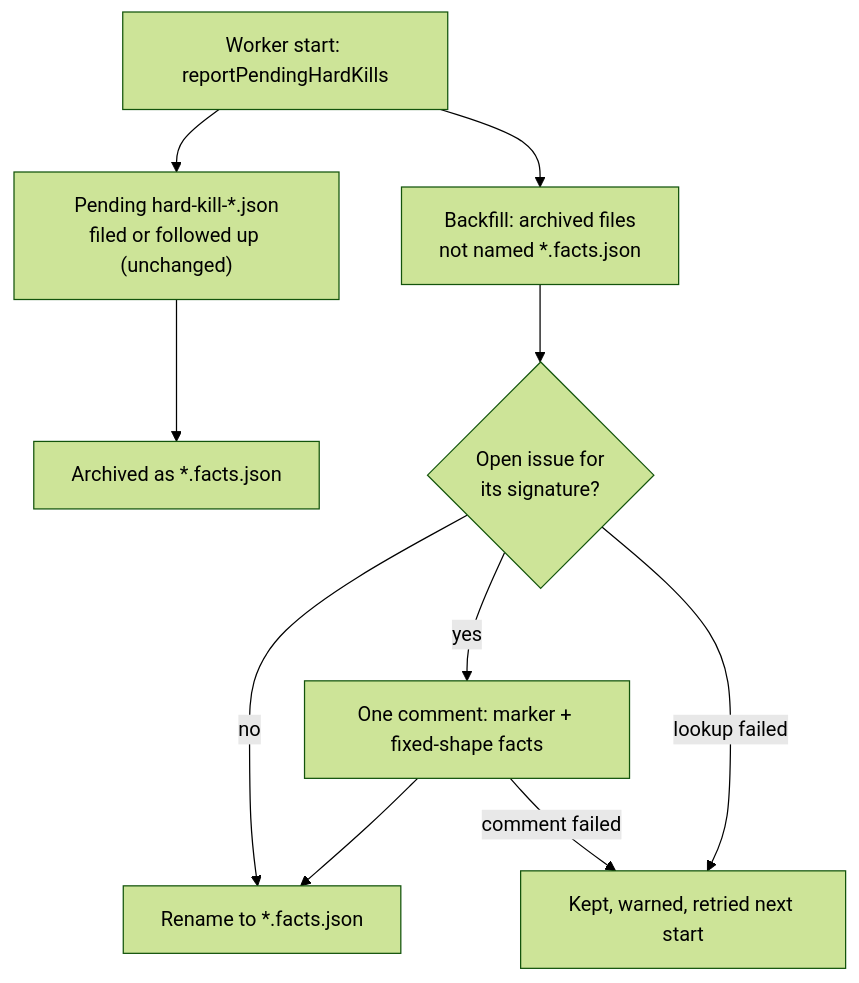
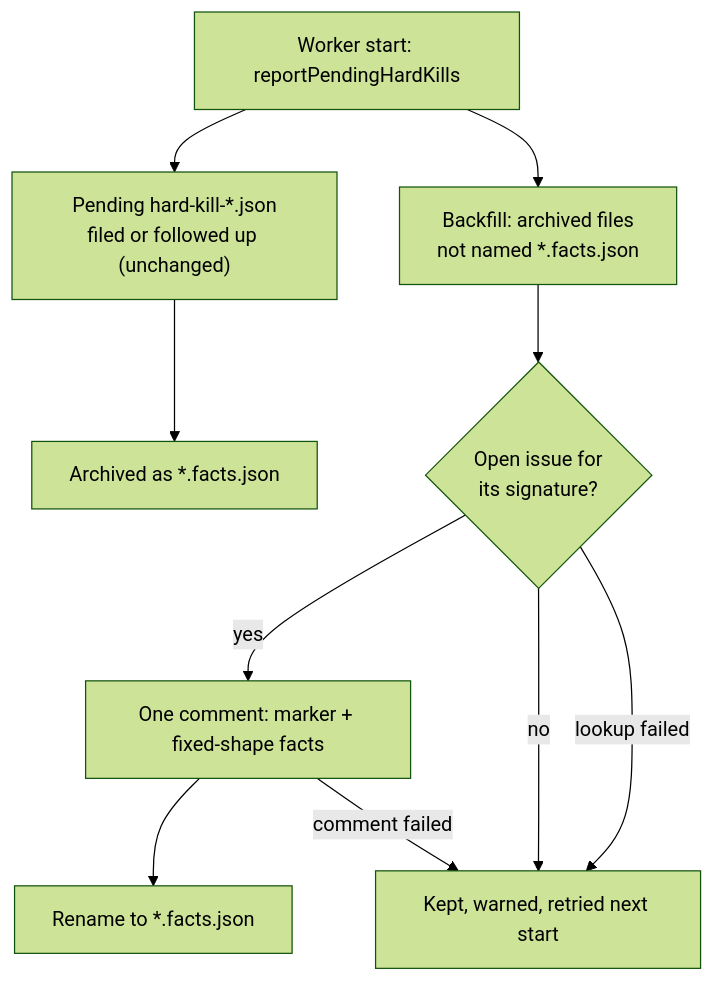
One commit to stSoftwareAU/VibeCoder changed the diagram in docs/archive/pr-summaries/pr-summary-4815.md. Above: the diagram before and after it, drawn with Mermaid (forest theme). The commit also changed other lines of this file and 1 other file, not shown here.

````diff
--- a/docs/archive/pr-summaries/pr-summary-4815.md
+++ b/docs/archive/pr-summaries/pr-summary-4815.md
@@ -92,12 +92,12 @@
 ```mermaid
 flowchart TD
     S["Worker start: reportPendingHardKills"] --> P["Pending hard-kill-*.json<br/>filed or followed up (unchanged)"]
     P --> A["Archived as *.facts.json"]
     S --> B["Backfill: archived files<br/>not named *.facts.json"]
     B --> Q{"Open issue for<br/>its signature?"}
     Q -- yes --> C["One comment: marker + fixed-shape facts"]
     C --> M["Rename to *.facts.json"]
-    Q -- no --> M
-    Q -- lookup failed --> K["Kept, warned, retried next start"]
+    Q -- no --> K["Kept, warned, retried next start"]
+    Q -- lookup failed --> K
     C -- comment failed --> K
 ```
````
